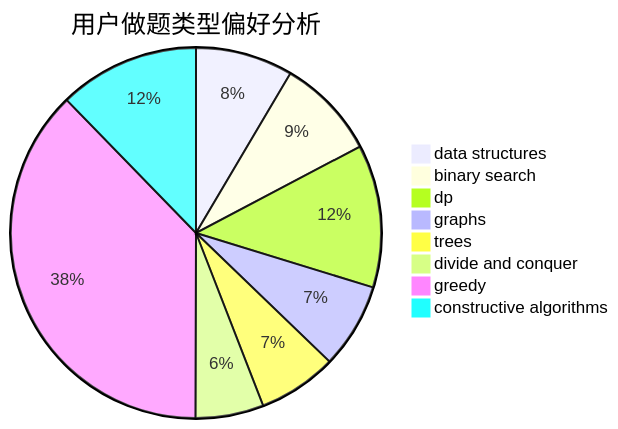
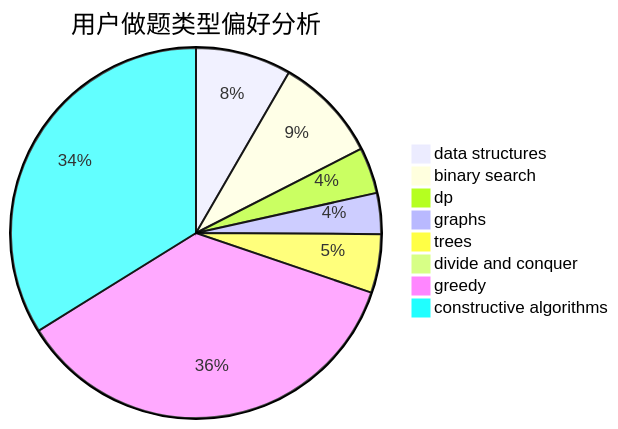
Before and after one commit to sherpahu/cfrs.github.io: the second of 3 diagrams in docs/user/u119.md, drawn with Mermaid. The commit also changed other lines of this file and 2770 other files, not shown here.

````diff
--- a/docs/user/u119.md
+++ b/docs/user/u119.md
@@ -23,11 +23,11 @@
 ```mermaid
 pie title 用户做题类型偏好分析
-    "data structures" :  90
-    "binary search" :  93
-    "dp" :  132
-    "graphs" :  79
-    "trees" :  73
-    "divide and conquer" :  63
-    "greedy" :  399
-    "constructive algorithms" :  130
+    "data structures" :  168
+    "binary search" :  184
+    "dp" :  81
+    "graphs" :  72
+    "trees" :  103
+    "divide and conquer" :  10
+    "greedy" :  723
+    "constructive algorithms" :  681
 ```
````
